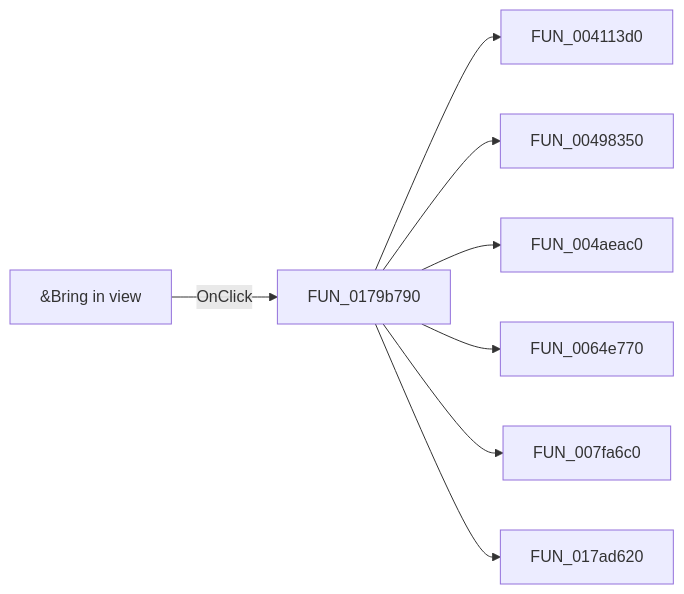
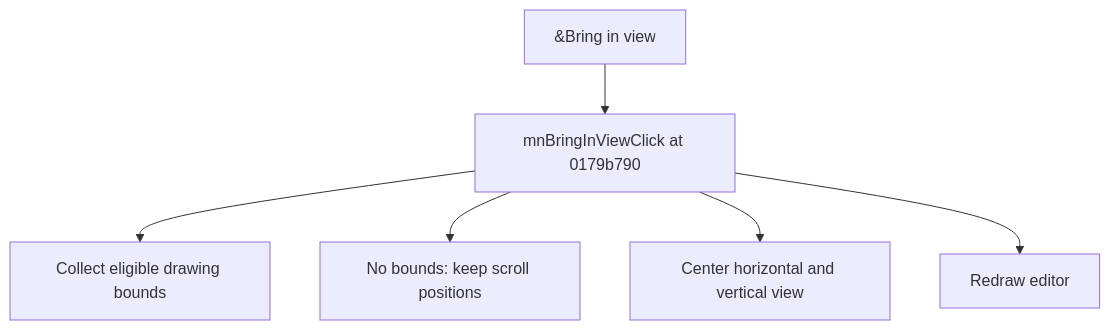
One commit to MovGP0/TIARA changed the diagram in docs/ui-controls/shapeedit/mnbringinview-04c0611d11.md. Above: the diagram before and after it, drawn with Mermaid. The commit also changed other lines of this file and 1062 other files, not shown here.

````diff
--- a/docs/ui-controls/shapeedit/mnbringinview-04c0611d11.md
+++ b/docs/ui-controls/shapeedit/mnbringinview-04c0611d11.md
@@ -27,10 +27,8 @@
 ```mermaid
-flowchart LR
-    control["&Bring in view"] -->|OnClick| handler["FUN_0179b790"]
-    handler --> call1["FUN_004113d0"]
-    handler --> call2["FUN_00498350"]
-    handler --> call3["FUN_004aeac0"]
-    handler --> call4["FUN_0064e770"]
-    handler --> call5["FUN_007fa6c0"]
-    handler --> call6["FUN_017ad620"]
+flowchart TD
+    control["&Bring in view"] --> handler["mnBringInViewClick at 0179b790"]
+    handler --> step1["Collect eligible drawing bounds"]
+    handler --> step2["No bounds: keep scroll positions"]
+    handler --> step3["Center horizontal and vertical view"]
+    handler --> step4["Redraw editor"]
 ```
````
